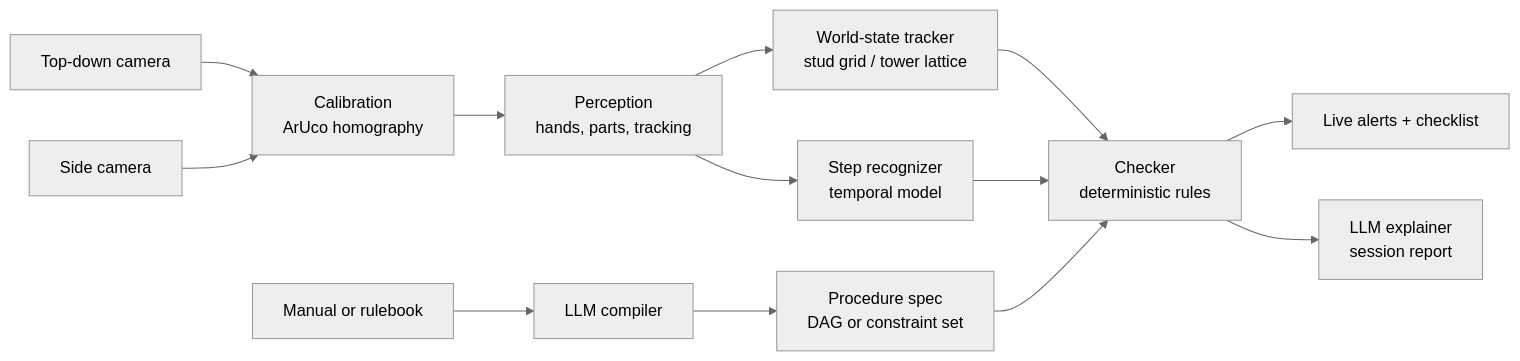
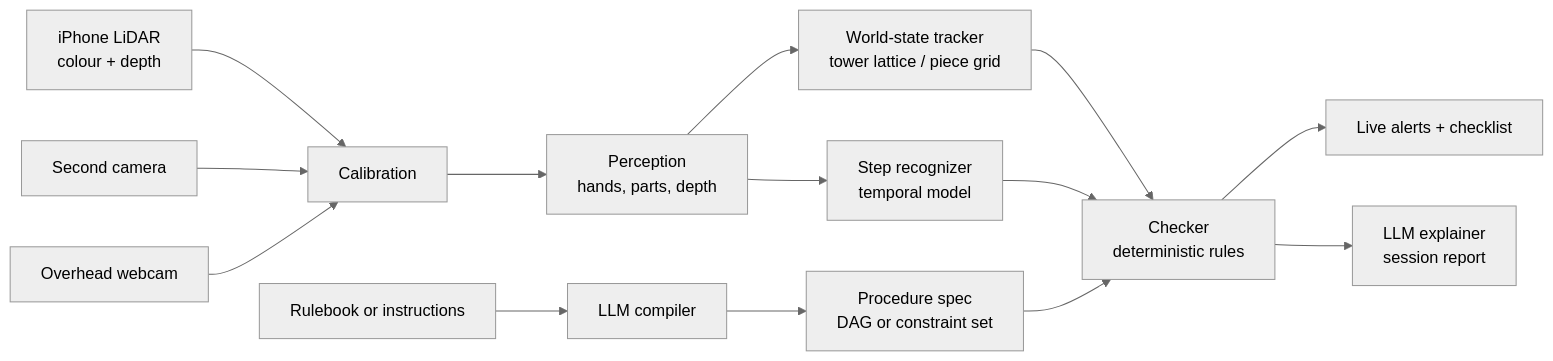
Before and after one commit to AaditPani-RVU/ThirdEye: the diagram in docs/ThirdEye_Project_Plan.md, drawn with Mermaid (neutral theme). The commit also changed other lines of this file and 42 other files, not shown here.

````diff
--- a/docs/ThirdEye_Project_Plan.md
+++ b/docs/ThirdEye_Project_Plan.md
@@ -63,15 +70,16 @@
 ```mermaid
 flowchart LR
-    M[Manual or rulebook] --> L[LLM compiler]
+    M[Rulebook or instructions] --> L[LLM compiler]
     L --> G[Procedure spec<br/>DAG or constraint set]
-    V1[Top-down camera] --> K[Calibration<br/>ArUco homography]
-    V2[Side camera] --> K
-    K --> P[Perception<br/>hands, parts, tracking]
-    P --> S[World-state tracker<br/>stud grid / tower lattice]
+    V1[iPhone LiDAR<br/>colour + depth] --> K[Calibration]
+    V2[Second camera] --> K
+    V3[Overhead webcam] --> K
+    K --> P[Perception<br/>hands, parts, depth]
+    P --> S[World-state tracker<br/>tower lattice / piece grid]
     P --> R[Step recognizer<br/>temporal model]
     S --> C[Checker<br/>deterministic rules]
     R --> C
     G --> C
     C --> A[Live alerts + checklist]
     C --> X[LLM explainer<br/>session report]
 ```
````
